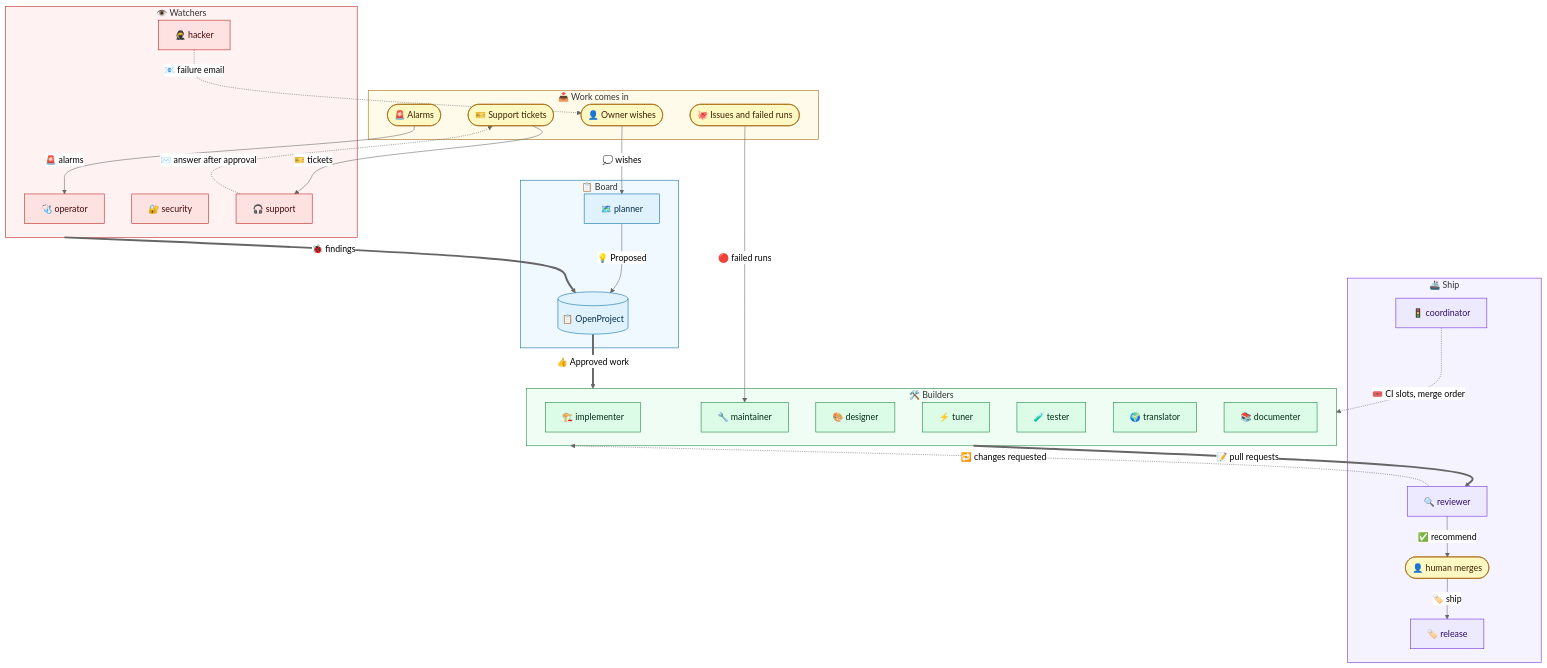
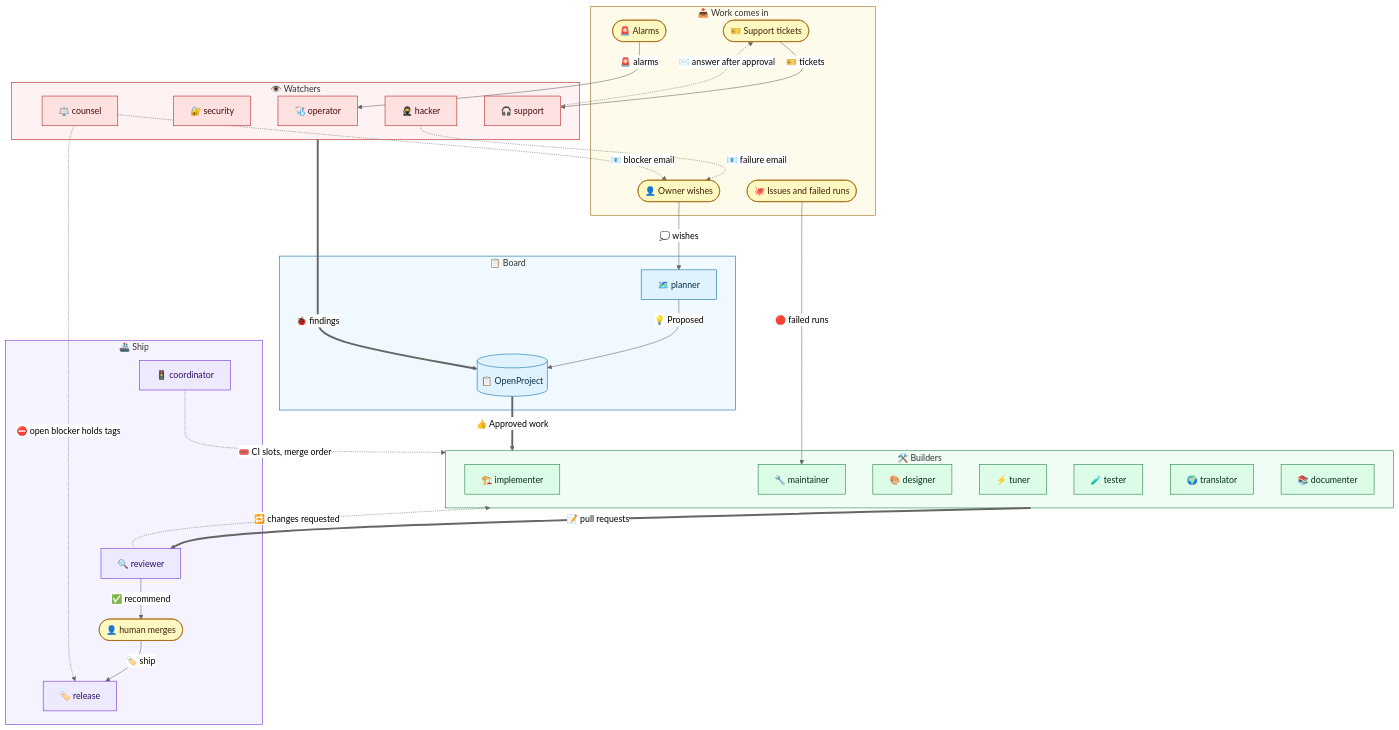
The fifth of 23 diagrams in docs/requirements/041-agents-restructuring.md (kevinveenbirkenbach/infinito-nexus-core), drawn with Mermaid (neutral theme) before and after one commit. The commit also changed other lines of this file, not shown here.

Commit message:
docs(requirements): add legal counsel and security audit agent roles to the agents specification

````diff
--- a/docs/requirements/041-agents-restructuring.md
+++ b/docs/requirements/041-agents-restructuring.md
@@ -356,63 +357,66 @@
 ```mermaid
 flowchart TB
   subgraph IN["📥 Work comes in"]
     HUM(["👤 Owner wishes"])
     ISS(["🐙 Issues and failed runs"])
     TIC(["🎫 Support tickets"])
     ALM(["🚨 Alarms"])
   end
   subgraph PLAN["📋 Board"]
     PL["🗺️ planner"]
     BRD[("📋 OpenProject")]
   end
   subgraph WATCH["👁️ Watchers"]
     OPR["🩺 operator"]
     SEC["🔐 security"]
     HK["🥷 hacker"]
+    LG["⚖️ counsel"]
     SU["🎧 support"]
   end
   subgraph BUILD["🛠️ Builders"]
     IM["🏗️ implementer"]
     MA["🔧 maintainer"]
     DE["🎨 designer"]
     TU["⚡ tuner"]
     TE["🧪 tester"]
     TR["🌍 translator"]
     DO["📚 documenter"]
   end
   subgraph SHIP["🚢 Ship"]
     CO["🚦 coordinator"]
     RV["🔍 reviewer"]
     HM(["👤 human merges"])
     RL["🏷️ release"]
   end
   HUM -->|"💭 wishes"| PL
   ISS -->|"🔴 failed runs"| MA
   TIC -->|"🎫 tickets"| SU
   ALM -->|"🚨 alarms"| OPR
   PL -->|"💡 Proposed"| BRD
   WATCH ==>|"🐞 findings"| BRD
   BRD ==>|"👍 Approved work"| BUILD
   BUILD ==>|"📝 pull requests"| RV
   RV -->|"✅ recommend"| HM
   HM -->|"🏷️ ship"| RL
   RV -.->|"🔁 changes requested"| BUILD
   CO -.->|"🎟️ CI slots, merge order"| BUILD
   SU -.->|"✉️ answer after approval"| TIC
   HK -.->|"📧 failure email"| HUM
+  LG -.->|"📧 blocker email"| HUM
+  LG -.->|"⛔ open blocker holds tags"| RL
   classDef human fill:#fef9c3,stroke:#a16207,color:#422006
   classDef plan fill:#e0f2fe,stroke:#0369a1,color:#082f49
   classDef build fill:#dcfce7,stroke:#15803d,color:#052e16
   classDef watch fill:#fee2e2,stroke:#b91c1c,color:#450a0a
   classDef ship fill:#ede9fe,stroke:#6d28d9,color:#2e1065
   class HUM,ISS,TIC,ALM,HM human
   class PL,BRD plan
   class IM,MA,DE,TU,TE,TR,DO build
-  class OPR,SEC,HK,SU watch
+  class OPR,SEC,HK,LG,SU watch
   class RV,CO,RL ship
   style IN fill:#fffbeb,stroke:#a16207
   style PLAN fill:#f0f9ff,stroke:#0369a1
   style BUILD fill:#f0fdf4,stroke:#15803d
   style WATCH fill:#fef2f2,stroke:#b91c1c
   style SHIP fill:#f5f3ff,stroke:#6d28d9
 ```
````
